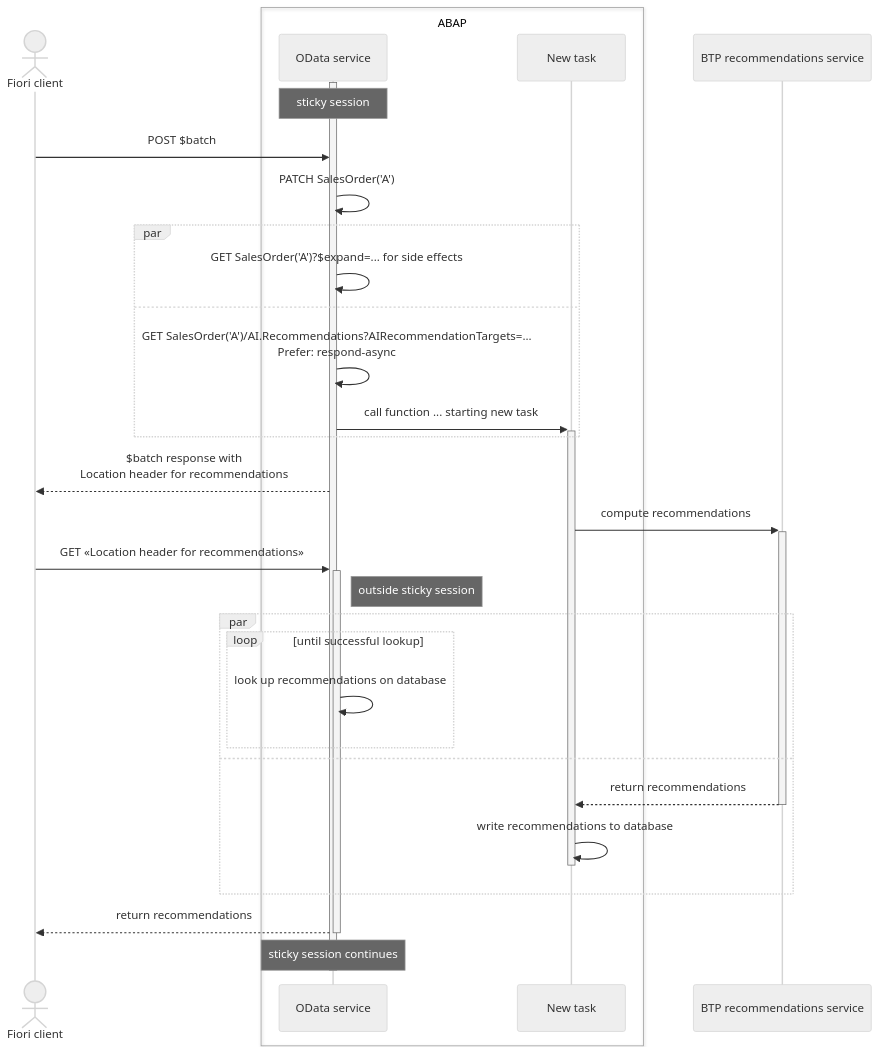
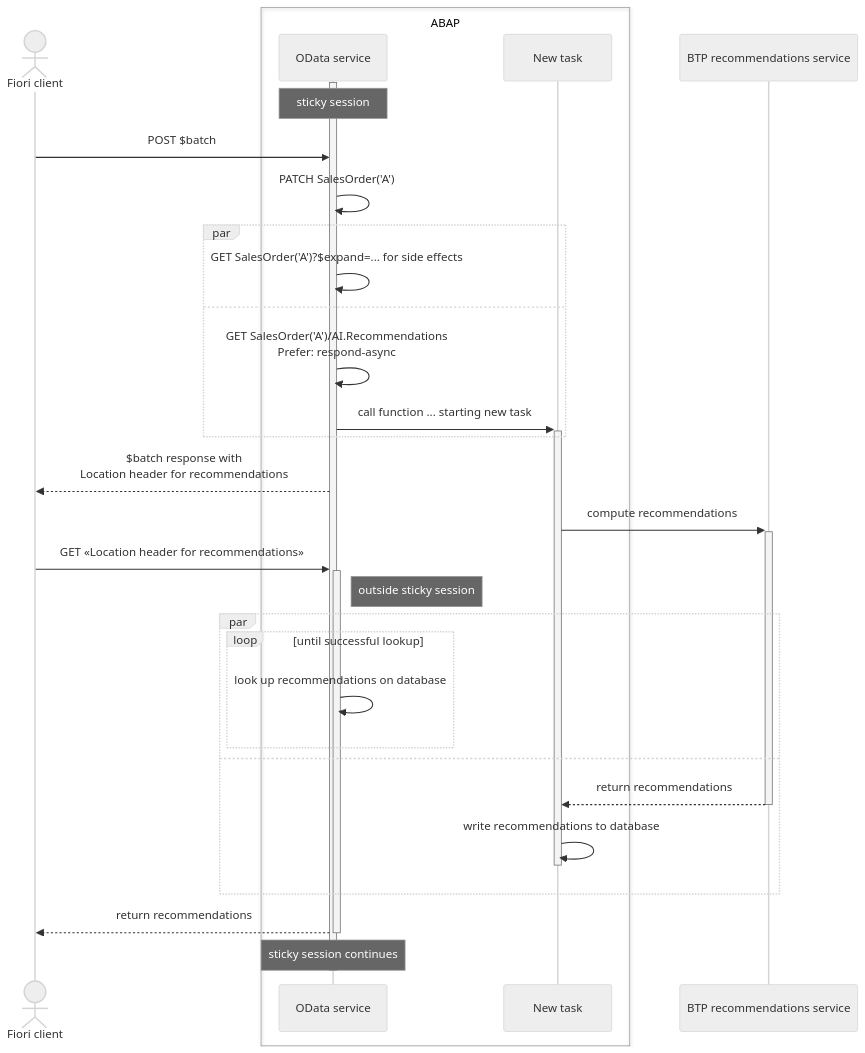
Before and after one commit to SAP/odata-vocabularies: the first of 3 diagrams in docs/recommendations.md, drawn with Mermaid (neutral theme). The commit also changed 4 other files, not shown here.

Commit message:
Adapt diagram

````diff
--- a/docs/recommendations.md
+++ b/docs/recommendations.md
@@ -3,35 +3,35 @@
 ```mermaid
 sequenceDiagram
   actor client as Fiori client
   box ABAP
     participant server as OData service
     participant task as New task
   end
   participant AI as BTP recommendations service
   activate server
   note over server: sticky session
   client ->> server: POST $batch
   server ->> server: PATCH SalesOrder('A')
   par
     server ->> server: GET SalesOrder('A')?$expand=... for side effects
   and
-    server ->> server: GET SalesOrder('A')/AI.Recommendations?AIRecommendationTargets=...<br>Prefer: respond-async
+    server ->> server: GET SalesOrder('A')/AI.Recommendations<br>Prefer: respond-async
     server ->>+ task: call function ... starting new task
   end
   server -->> client: $batch response with<br>Location header for recommendations
   task ->>+ AI: compute recommendations
   client ->>+ server: GET «Location header for recommendations»
   note right of server: outside sticky session
   par
     loop until successful lookup
       server ->> server: look up recommendations on database
     end
   and
     AI -->>- task: return recommendations
     task ->> task: write recommendations to database
     deactivate task
   end
   server -->>- client: return recommendations
   note over server: sticky session continues
   deactivate server
 ```
````
